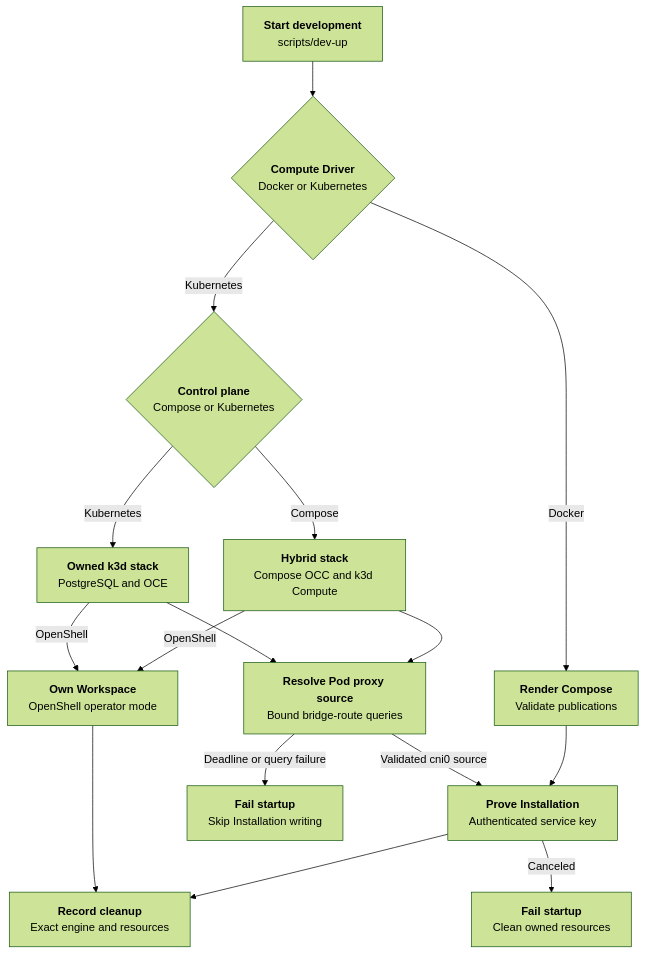
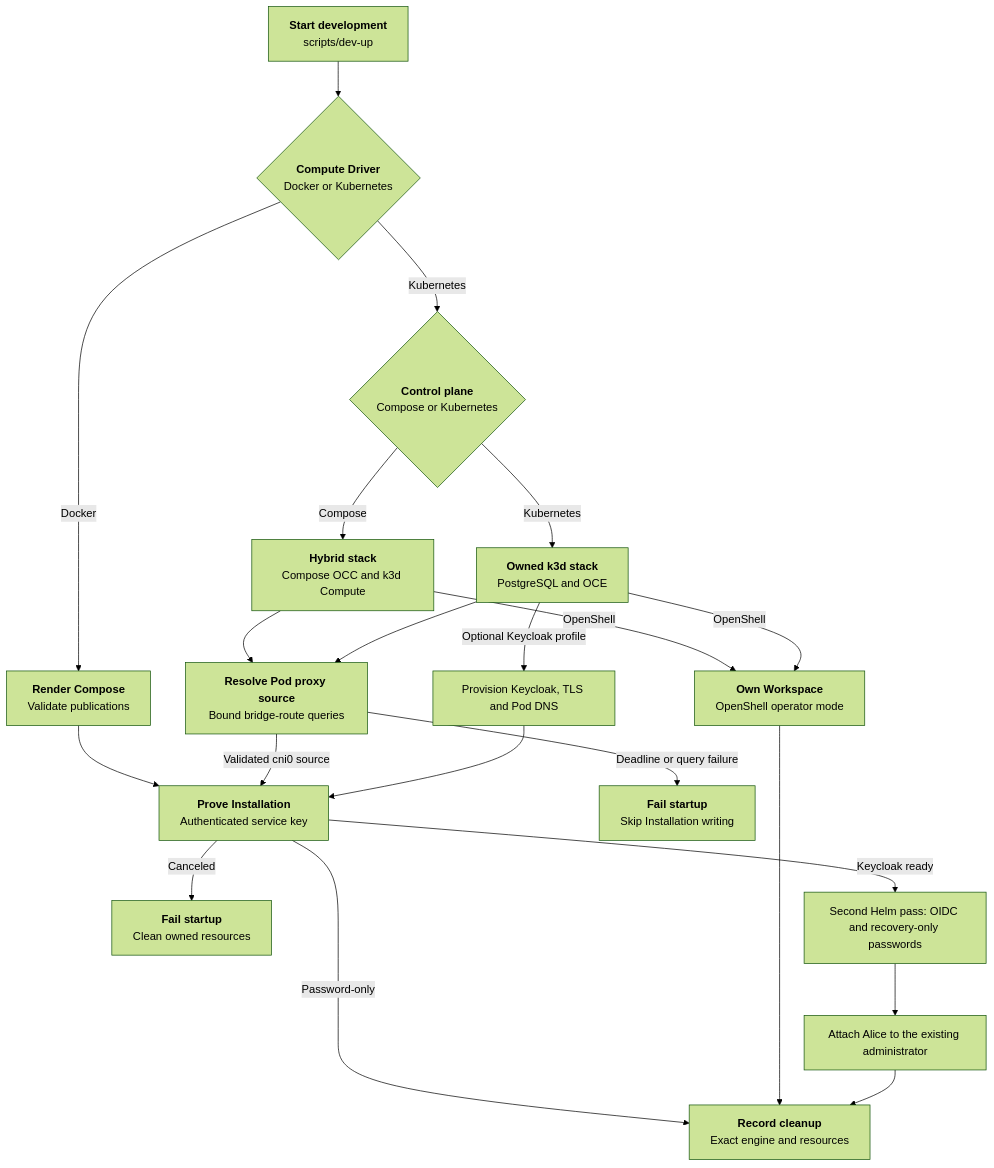
One commit to IAMSamuelRodda/openclaw-enterprise changed the diagram in docs/flows/docker-compose-development/startup.md. Above: the diagram before and after it, drawn with Mermaid (forest theme). The commit also changed other lines of this file and 29 other files, not shown here.

````diff
--- a/docs/flows/docker-compose-development/startup.md
+++ b/docs/flows/docker-compose-development/startup.md
@@ -31,18 +31,23 @@
 ```mermaid
 graph TD
   A["<b>Start development</b><br/>scripts/dev-up"] --> B{"<b>Compute Driver</b><br/>Docker or Kubernetes"}
   B -- "Docker" --> C["<b>Render Compose</b><br/>Validate publications"]
   B -- "Kubernetes" --> D{"<b>Control plane</b><br/>Compose or Kubernetes"}
   D -- "Kubernetes" --> E["<b>Owned k3d stack</b><br/>PostgreSQL and OCE"]
   D -- "Compose" --> F["<b>Hybrid stack</b><br/>Compose OCC and k3d Compute"]
   C --> G["<b>Prove Installation</b><br/>Authenticated service key"]
   F --> R["<b>Resolve Pod proxy source</b><br/>Bound bridge-route queries"]
   E --> R
   R -- "Validated cni0 source" --> G
   R -- "Deadline or query failure" --> X["<b>Fail startup</b><br/>Skip Installation writing"]
   F -- "OpenShell" --> H["<b>Own Workspace</b><br/>OpenShell operator mode"]
   E -- "OpenShell" --> H
-  G --> I["<b>Record cleanup</b><br/>Exact engine and resources"]
+  G -- "Password-only" --> I["<b>Record cleanup</b><br/>Exact engine and resources"]
   G -- "Canceled" --> J["<b>Fail startup</b><br/>Clean owned resources"]
   H --> I
+  E -- "Optional Keycloak profile" --> K["Provision Keycloak, TLS and Pod DNS"]
+  K --> G
+  G -- "Keycloak ready" --> L["Second Helm pass: OIDC and recovery-only passwords"]
+  L --> M["Attach Alice to the existing administrator"]
+  M --> I
 ```
````
